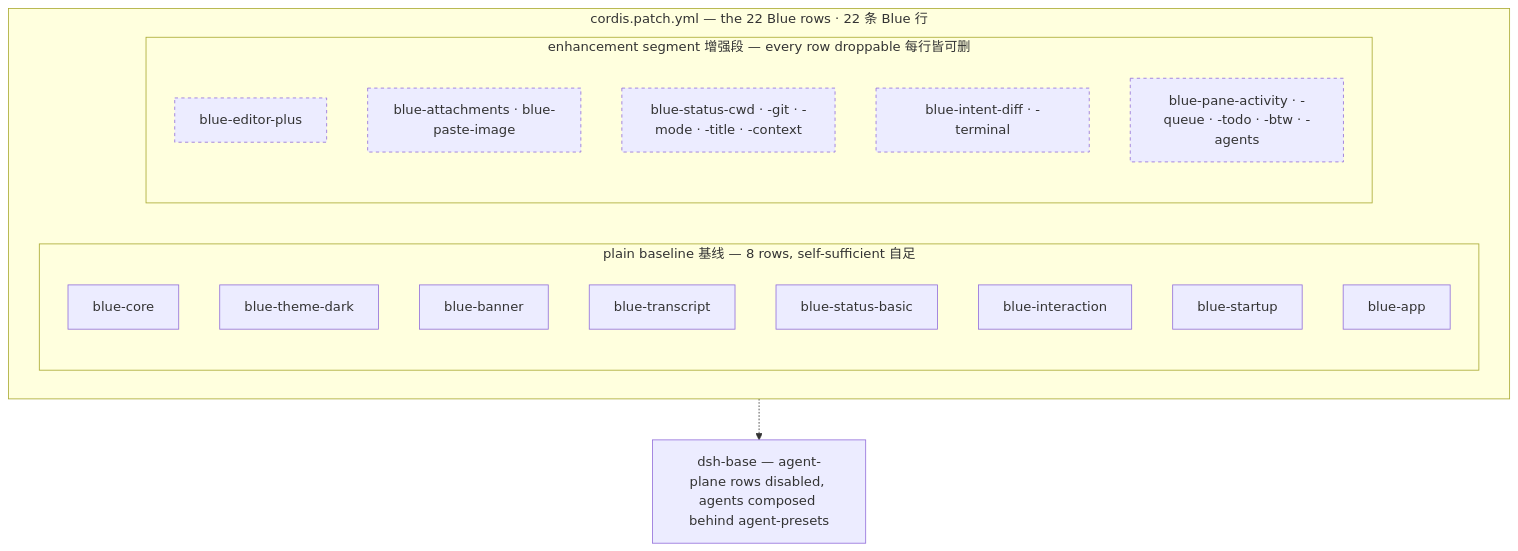
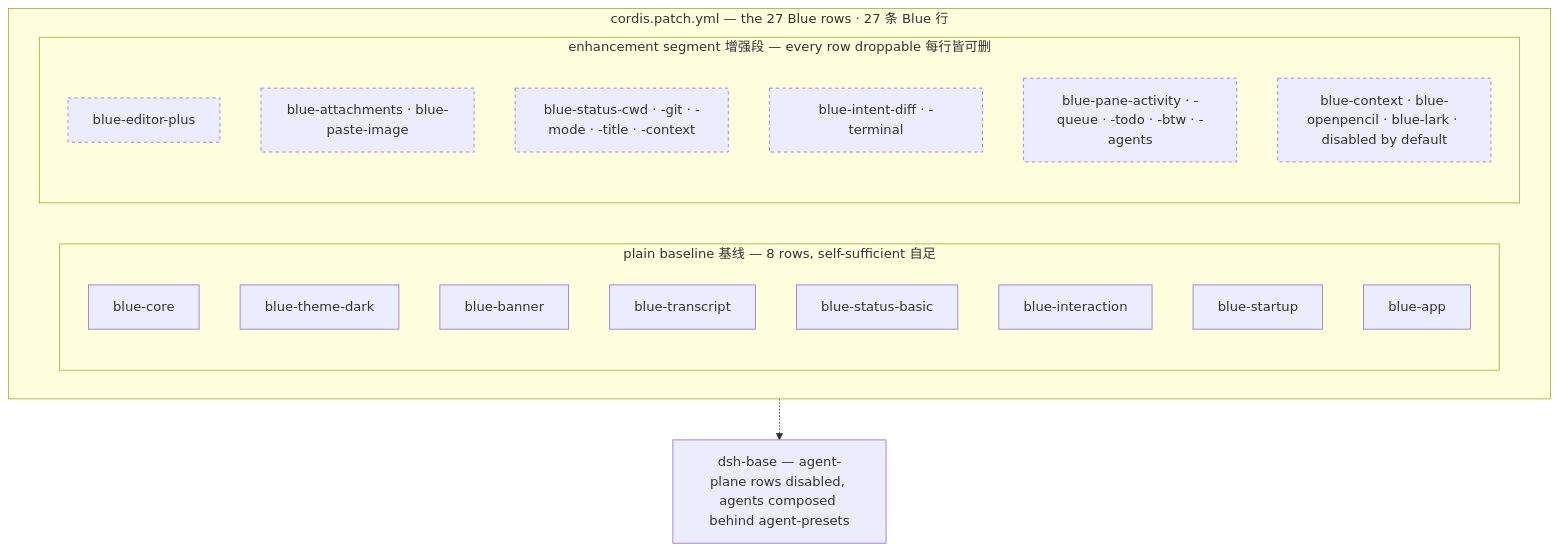
The diagram in docs/diagrams/blue-composition.mmd (dsh-blue/blue), drawn with Mermaid before and after one commit. The commit also changed 51 other files, not shown here.

```diff
--- a/docs/diagrams/blue-composition.mmd
+++ b/docs/diagrams/blue-composition.mmd
@@ -1,25 +1,26 @@
 flowchart TB
-    subgraph bundle["cordis.patch.yml — the 22 Blue rows · 22 条 Blue 行"]
+    subgraph bundle["cordis.patch.yml — the 27 Blue rows · 27 条 Blue 行"]
         subgraph baseline["plain baseline 基线 — 8 rows, self-sufficient 自足"]
             core["blue-core"]
             theme["blue-theme-dark"]
             banner["blue-banner"]
             transcript["blue-transcript"]
             sbasic["blue-status-basic"]
             interaction["blue-interaction"]
             startup["blue-startup"]
             bapp["blue-app"]
         end
         subgraph enhancement["enhancement segment 增强段 — every row droppable 每行皆可删"]
             editorPlus["blue-editor-plus"]
             att["blue-attachments · blue-paste-image"]
             statusEnh["blue-status-cwd · -git · -mode · -title · -context"]
             intents["blue-intent-diff · -terminal"]
             panes["blue-pane-activity · -queue · -todo · -btw · -agents"]
+            adapters["blue-context · blue-openpencil · blue-lark · disabled by default"]
         end
     end
     dshbase["dsh-base — agent-plane rows disabled, agents composed behind agent-presets"]
     bundle -.-> dshbase
 
     classDef optional stroke-dasharray: 4 4;
-    class editorPlus,att,statusEnh,intents,panes optional;
+    class editorPlus,att,statusEnh,intents,panes,adapters optional;
```
